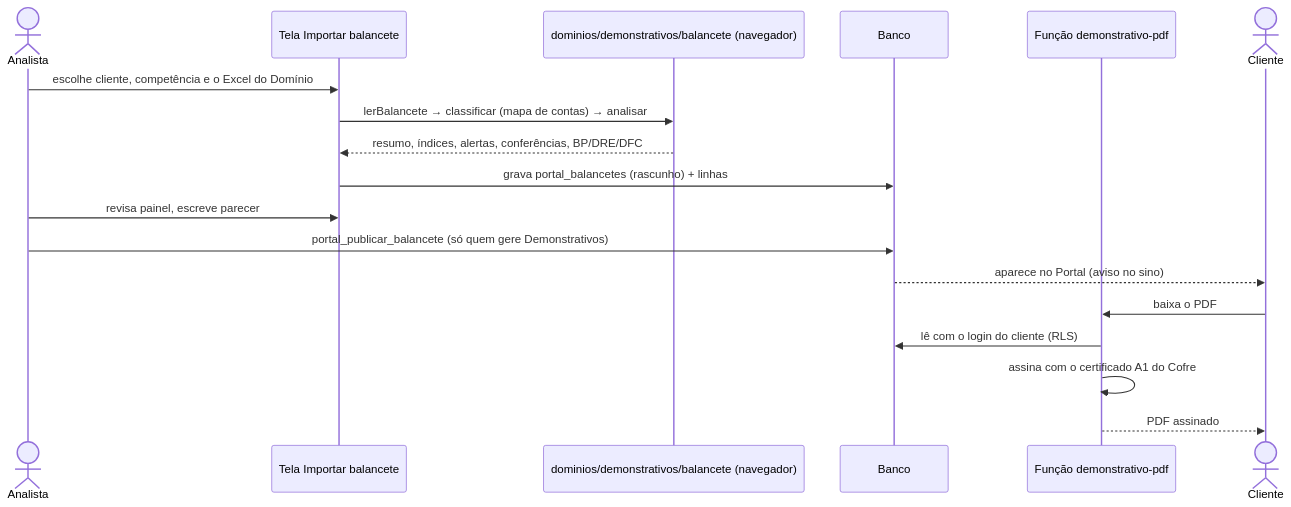
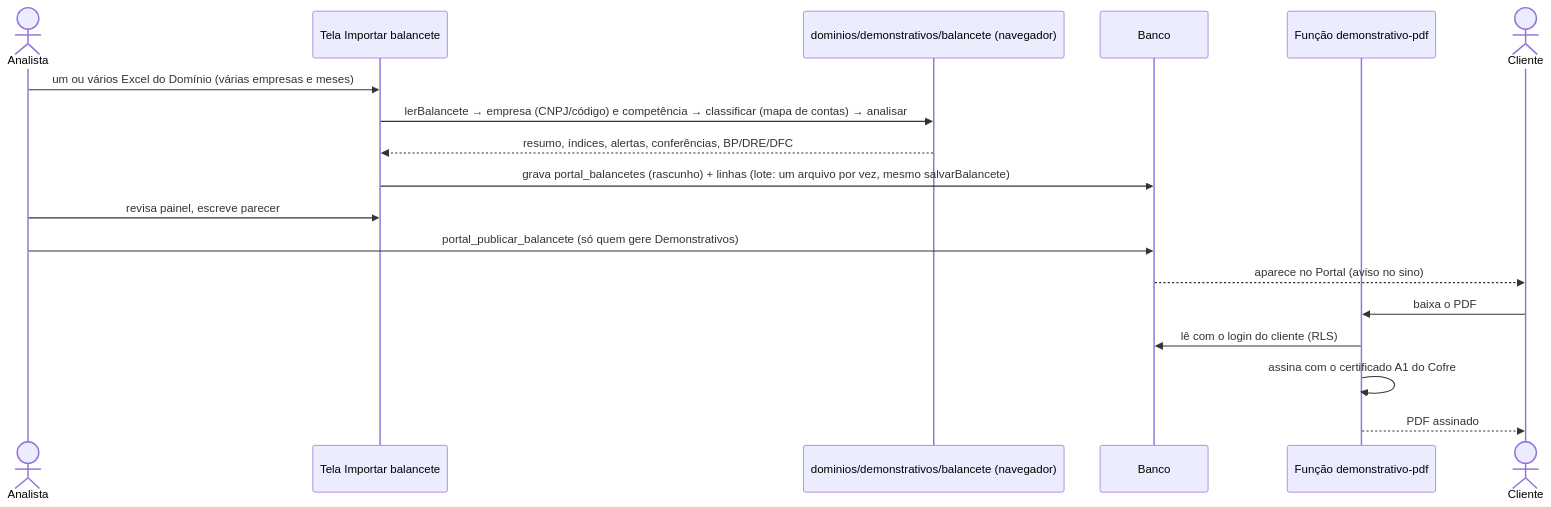
One commit to MdcAssessoria/mdc-tarefas changed the first of 3 diagrams in docs/06-fluxos.md. Above: the diagram before and after it, drawn with Mermaid. The commit also changed other lines of this file and 4 other files, not shown here.

````diff
--- a/docs/06-fluxos.md
+++ b/docs/06-fluxos.md
@@ -9,20 +9,20 @@
 ```mermaid
 sequenceDiagram
     actor A as Analista
     participant T as Tela Importar balancete
     participant L as dominios/demonstrativos/balancete (navegador)
     participant DB as Banco
     participant EF as Função demonstrativo-pdf
     actor C as Cliente
-    A->>T: escolhe cliente, competência e o Excel do Domínio
-    T->>L: lerBalancete → classificar (mapa de contas) → analisar
+    A->>T: um ou vários Excel do Domínio (várias empresas e meses)
+    T->>L: lerBalancete → empresa (CNPJ/código) e competência → classificar (mapa de contas) → analisar
     L-->>T: resumo, índices, alertas, conferências, BP/DRE/DFC
-    T->>DB: grava portal_balancetes (rascunho) + linhas
+    T->>DB: grava portal_balancetes (rascunho) + linhas (lote: um arquivo por vez, mesmo salvarBalancete)
     A->>T: revisa painel, escreve parecer
     A->>DB: portal_publicar_balancete (só quem gere Demonstrativos)
     DB-->>C: aparece no Portal (aviso no sino)
     C->>EF: baixa o PDF
     EF->>DB: lê com o login do cliente (RLS)
     EF->>EF: assina com o certificado A1 do Cofre
     EF-->>C: PDF assinado
 ```
````
